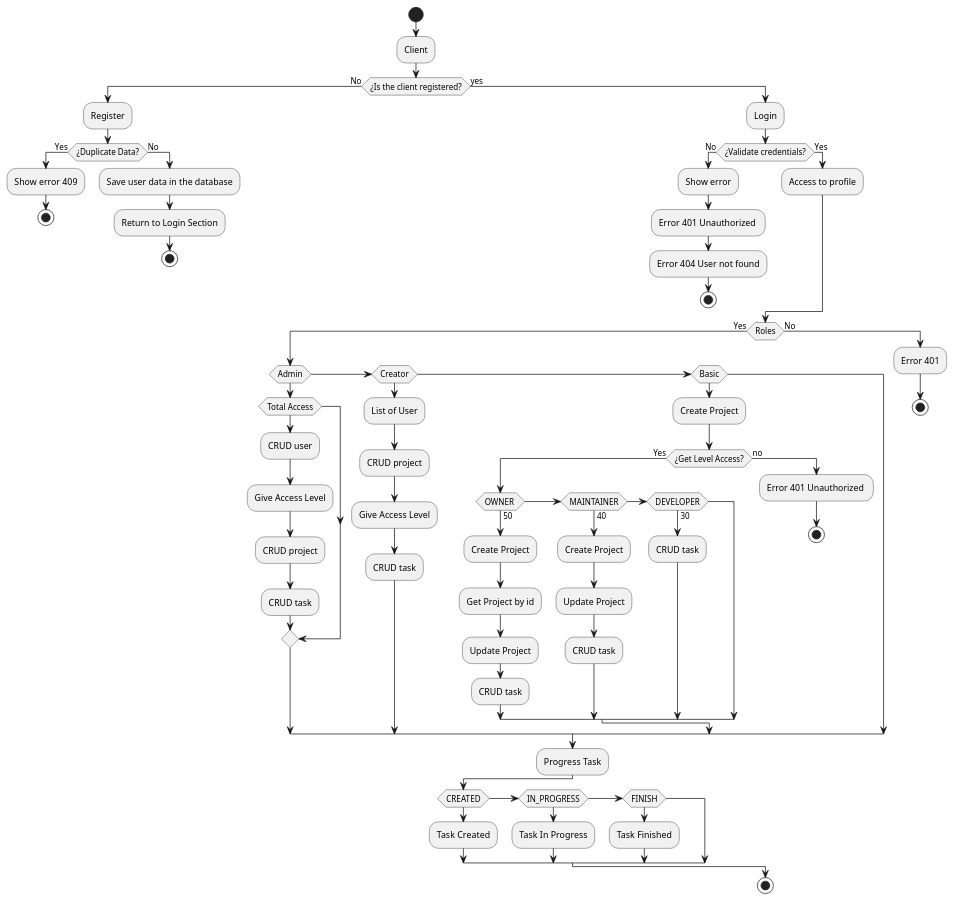
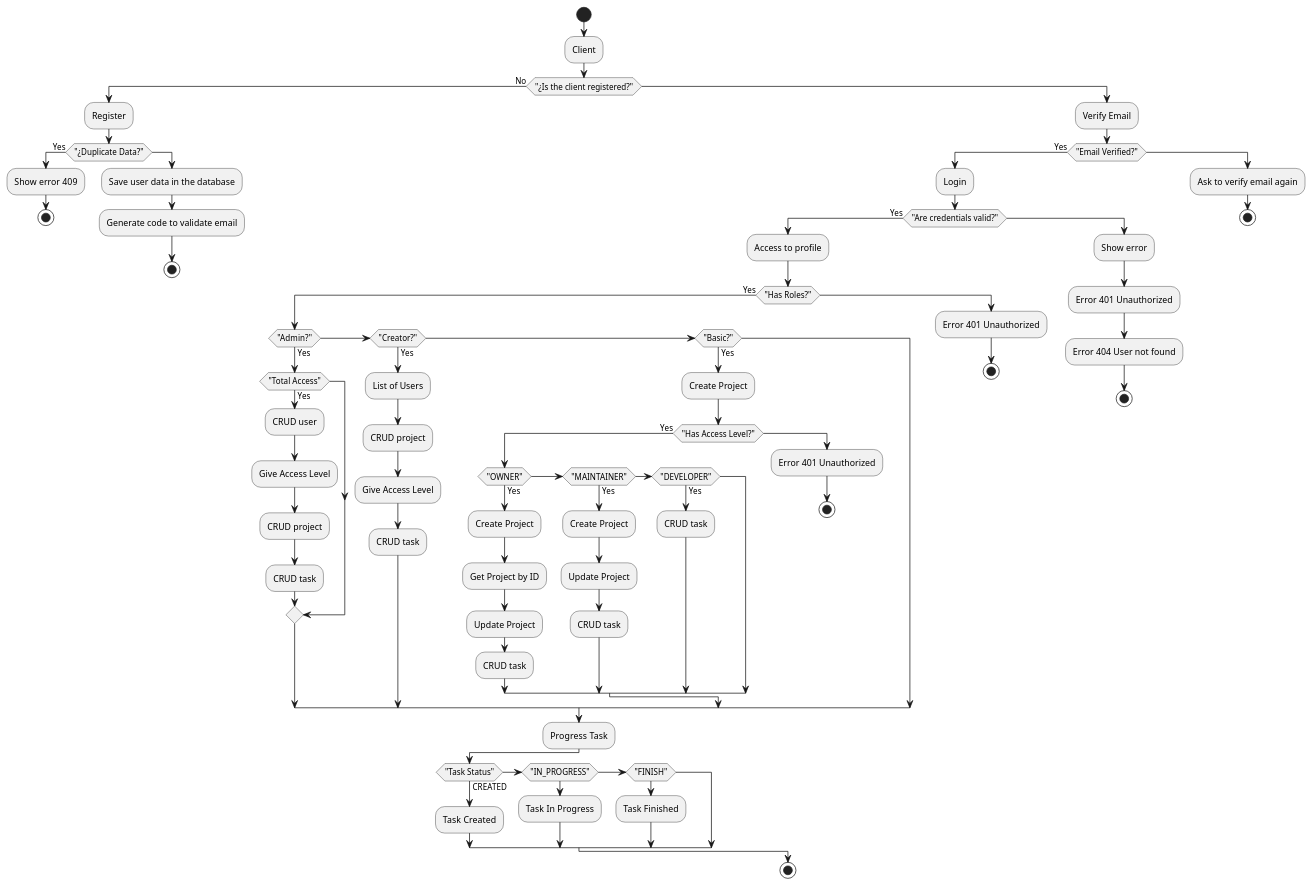
The diagram in diagram.puml (DMarzzucco/T-A-S-K-----F-L-O-W), drawn with PlantUML before and after one commit. The commit also changed 103 other files, not shown here.

```diff
--- a/diagram.puml
+++ b/diagram.puml
@@ -1,76 +1,85 @@
 @startuml TaskFlow
 
 start
 
 :Client;
-if (¿Is the client registered?) then (No)
+
+if ("¿Is the client registered?") then (No)
     :Register;
-    if (¿Duplicate Data?) then (Yes)
+    if ("¿Duplicate Data?") then (Yes)
         :Show error 409;
         stop
-    else (No)
+    else
         :Save user data in the database;
-        :Return to Login Section;
+        :Generate code to validate email;
         stop
     endif
-else (yes)
-    :Login;
-    if (¿Validate credentials?) then (No)
-        :Show error;
-        :Error 401 Unauthorized ;
-        :Error 404 User not found;
-        stop
-    else (Yes)
-        :Access to profile;
-    endif
+else
+    :Verify Email;
+    if ("Email Verified?") then (Yes)
+        :Login;
+        if ("Are credentials valid?") then (Yes)
+            :Access to profile;
 
-    if (Roles)then (Yes)
-        if (Admin)
-            if (Total Access)
-                :CRUD user;
-                :Give Access Level;
-                :CRUD project;
-                :CRUD task;
-            endif
-        else if (Creator)
-            :List of User;
-            :CRUD project;
-            :Give Access Level;
-            :CRUD task;
-        else if (Basic)
-            :Create Project;
-            if (¿Get Level Access?) then (Yes)
-                if (OWNER ) then (50)
+            if ("Has Roles?") then (Yes)
+                if ("Admin?") then (Yes)
+                    if ("Total Access") then (Yes)
+                        :CRUD user;
+                        :Give Access Level;
+                        :CRUD project;
+                        :CRUD task;
+                    endif
+                elseif ("Creator?") then (Yes)
+                    :List of Users;
+                    :CRUD project;
+                    :Give Access Level;
+                    :CRUD task;
+                elseif ("Basic?") then (Yes)
                     :Create Project;
-                    :Get Project by id;
-                    :Update Project;
-                    :CRUD task;
-                else if (MAINTAINER) then(40)
-                    :Create Project;
-                    :Update Project;
-                    :CRUD task;
-                else if (DEVELOPER) then(30)
-                    :CRUD task;
+                    if ("Has Access Level?") then (Yes)
+                        if ("OWNER") then (Yes)
+                            :Create Project;
+                            :Get Project by ID;
+                            :Update Project;
+                            :CRUD task;
+                        elseif ("MAINTAINER") then (Yes)
+                            :Create Project;
+                            :Update Project;
+                            :CRUD task;
+                        elseif ("DEVELOPER") then (Yes)
+                            :CRUD task;
+                        endif
+                    else
+                        :Error 401 Unauthorized;
+                        stop
+                    endif
                 endif
 
-            else (no)
-                :Error 401 Unauthorized ;
+                :Progress Task;
+                if ("Task Status") then (CREATED)
+                    :Task Created;
+                elseif ("IN_PROGRESS")
+                    :Task In Progress;
+                elseif ("FINISH")
+                    :Task Finished;
+                endif
+
+            else
+                :Error 401 Unauthorized;
                 stop
             endif
+
+            stop
+        else
+            :Show error;
+            :Error 401 Unauthorized;
+            :Error 404 User not found;
+            stop
         endif
-        :Progress Task;
-        if (CREATED)
-            :Task Created;
-        else if (IN_PROGRESS)
-            :Task In Progress;
-        else if (FINISH)
-            :Task Finished;
-        endif
-    else (No)
-        :Error 401;
+    else
+        :Ask to verify email again;
         stop
+    endif
+endif
 
-    endif
-
-    stop
-    @enduml
+@enduml
```
